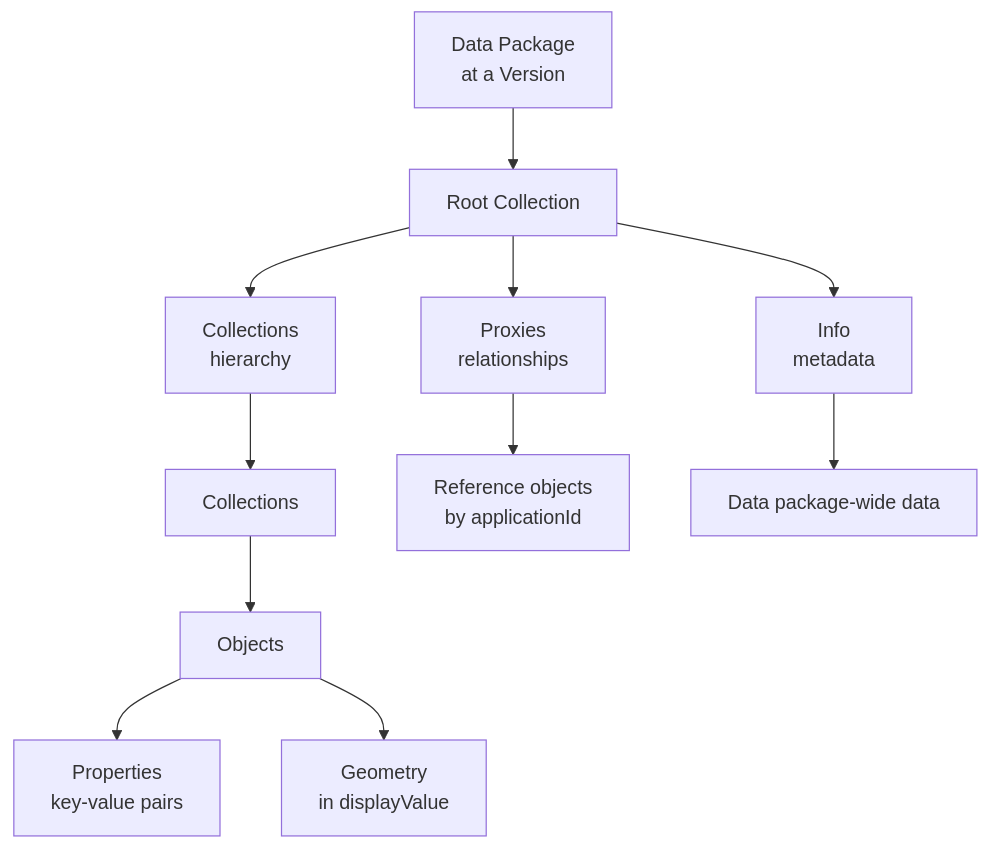
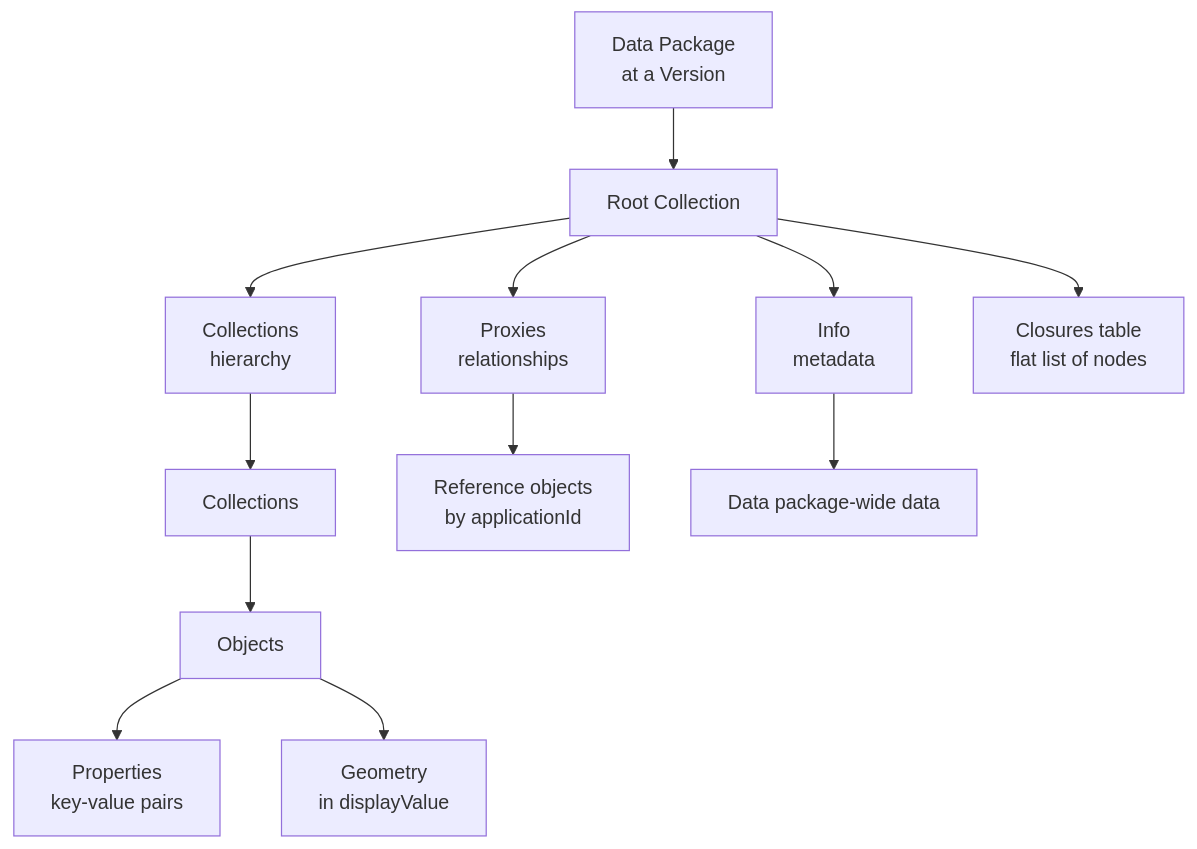
Before and after one commit to specklesystems/speckle-docs-NEW: the third of 4 diagrams in developers/data-schema/overview.mdx, drawn with Mermaid. The commit also changed other lines of this file and 6 other files, not shown here.

````diff
--- a/developers/data-schema/overview.mdx
+++ b/developers/data-schema/overview.mdx
@@ -137,16 +138,17 @@
 ```mermaid
 graph TD
     A[Data Package<br/>at a Version] --> B[Root Collection]
     B --> C[Collections<br/>hierarchy]
     B --> D[Proxies<br/>relationships]
     B --> E[Info<br/>metadata]
+    B --> F[Closures table<br/>flat list of nodes]
     
-    C --> F[Collections]
-    F --> G[Objects]
-    G --> H[Properties<br/>key-value pairs]
-    G --> I[Geometry<br/>in displayValue]
+    C --> G[Collections]
+    G --> H[Objects]
+    H --> I[Properties<br/>key-value pairs]
+    H --> J[Geometry<br/>in displayValue]
     
-    D --> J[Reference objects<br/>by applicationId]
+    D --> K[Reference objects<br/>by applicationId]
     
-    E --> K[Data package-wide data]
+    E --> L[Data package-wide data]
 ```
````
